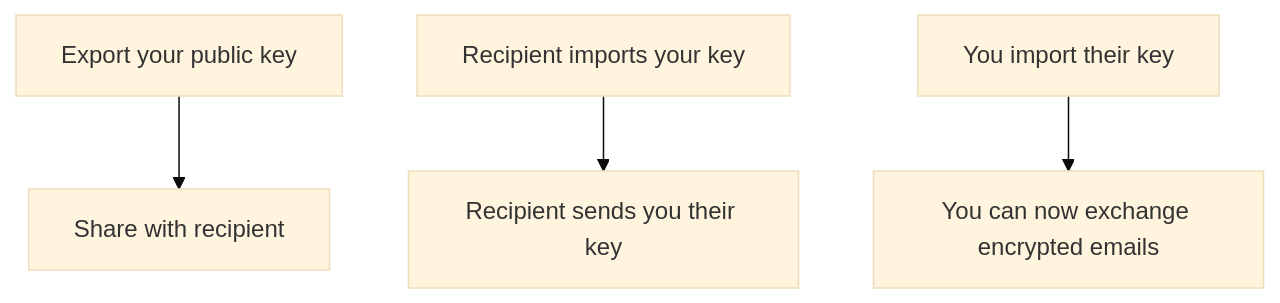
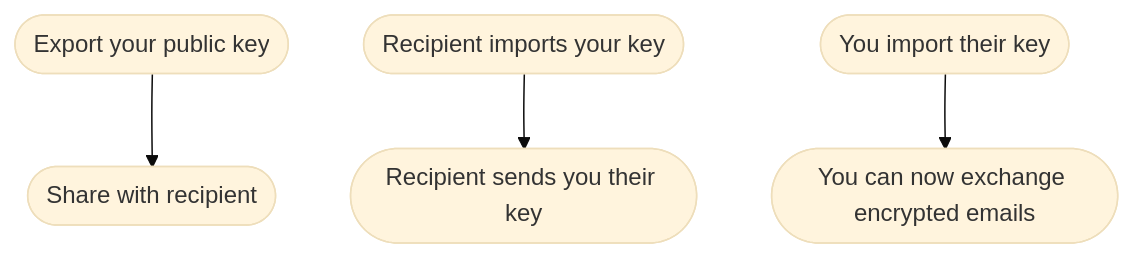
The fifth of 6 diagrams in content/posts/email-security-for-writers.md (luizdepra/hugo-coder), drawn with Mermaid (base theme) before and after one commit. The commit also changed other lines of this file, not shown here.

Commit message:
style: Update Mermaid diagrams with rounded node corners

```diff
--- a/content/posts/email-security-for-writers.md
+++ b/content/posts/email-security-for-writers.md
@@ -137,6 +137,6 @@
 {{< mermaid >}}
 graph TD
-    A[Export your public key] --> B[Share with recipient]
-    C[Recipient imports your key] --> D[Recipient sends you their key]
-    E[You import their key] --> F[You can now exchange encrypted emails]
+    A([Export your public key]) --> B([Share with recipient])
+    C([Recipient imports your key]) --> D([Recipient sends you their key])
+    E([You import their key]) --> F([You can now exchange encrypted emails])
 {{< /mermaid >}}
```
